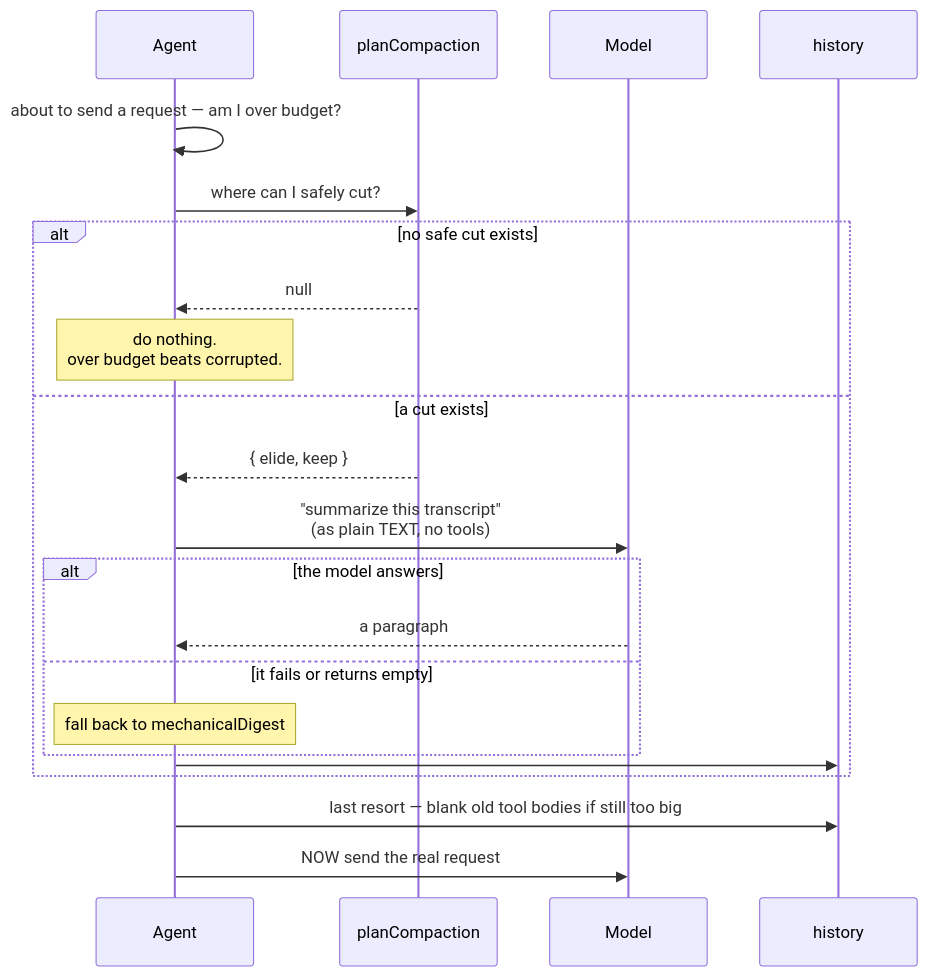
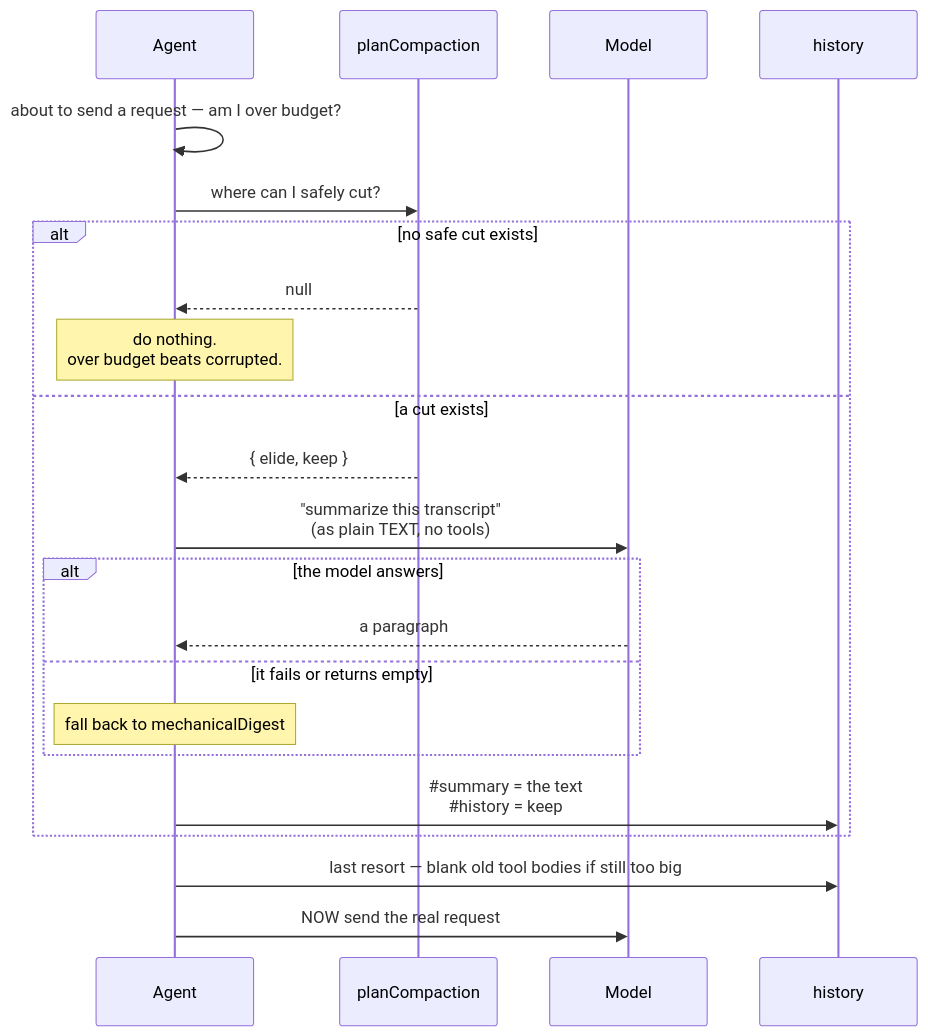
The first of 4 diagrams in learning/day-3/04-writing-the-summary.md (bairoy/KRIMICODE), drawn with Mermaid before and after one commit. The commit also changed 1 other file, not shown here.

Commit message:
improved day2 permission note

````diff
--- a/learning/day-3/04-writing-the-summary.md
+++ b/learning/day-3/04-writing-the-summary.md
@@ -39,25 +39,25 @@
 ```mermaid
 sequenceDiagram
     participant A as Agent
     participant P as planCompaction
     participant M as Model
     participant H as history
 
     A->>A: about to send a request — am I over budget?
     A->>P: where can I safely cut?
     alt no safe cut exists
         P-->>A: null
         Note over A: do nothing.<br/>over budget beats corrupted.
     else a cut exists
         P-->>A: { elide, keep }
         A->>M: "summarize this transcript"<br/>(as plain TEXT, no tools)
         alt the model answers
             M-->>A: a paragraph
         else it fails or returns empty
             Note over A: fall back to mechanicalDigest
         end
-        A->>H: #summary = the text<br/>#history = keep
+        A->>H: #35;summary = the text<br/>#35;history = keep
     end
     A->>H: last resort — blank old tool bodies if still too big
     A->>M: NOW send the real request
 ```
````
